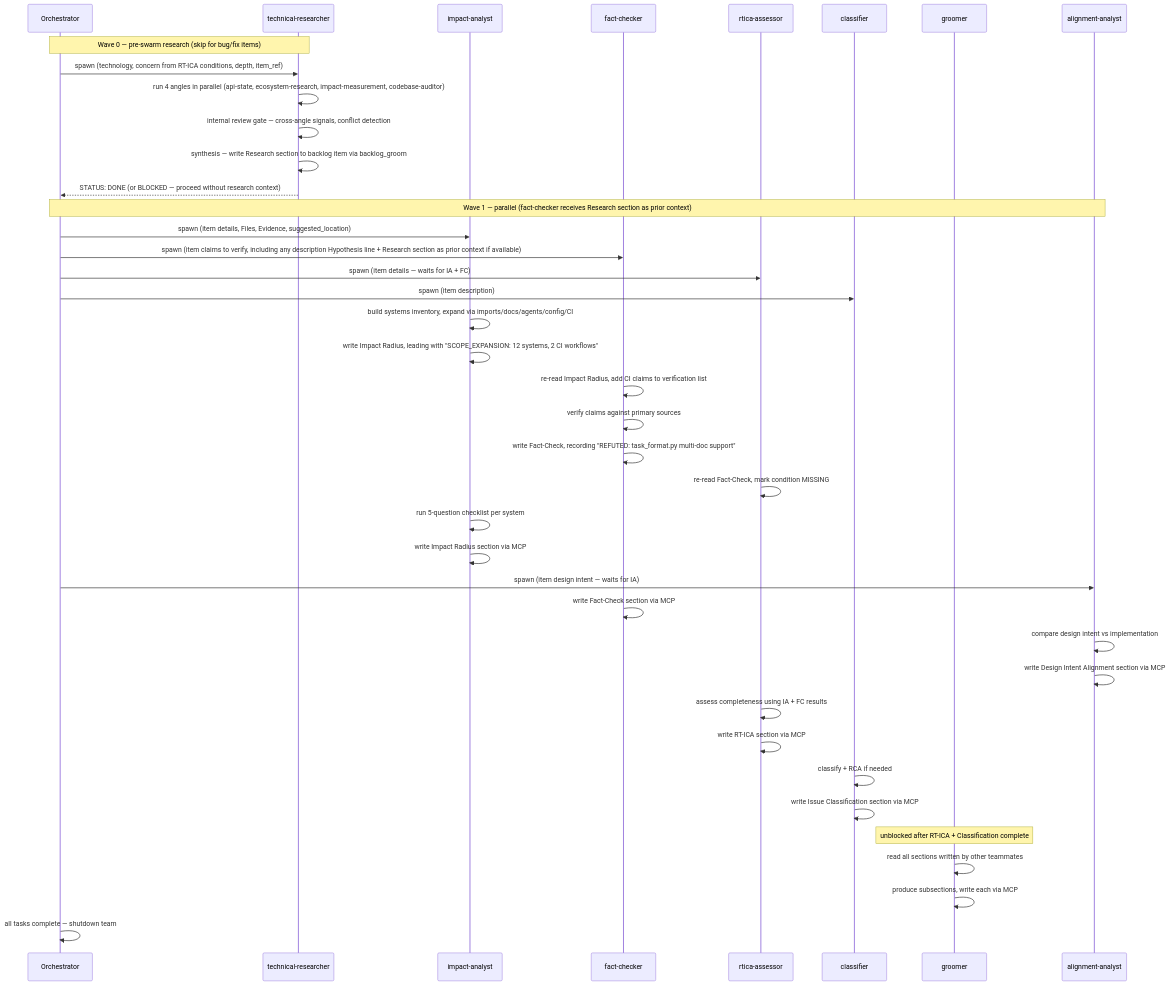
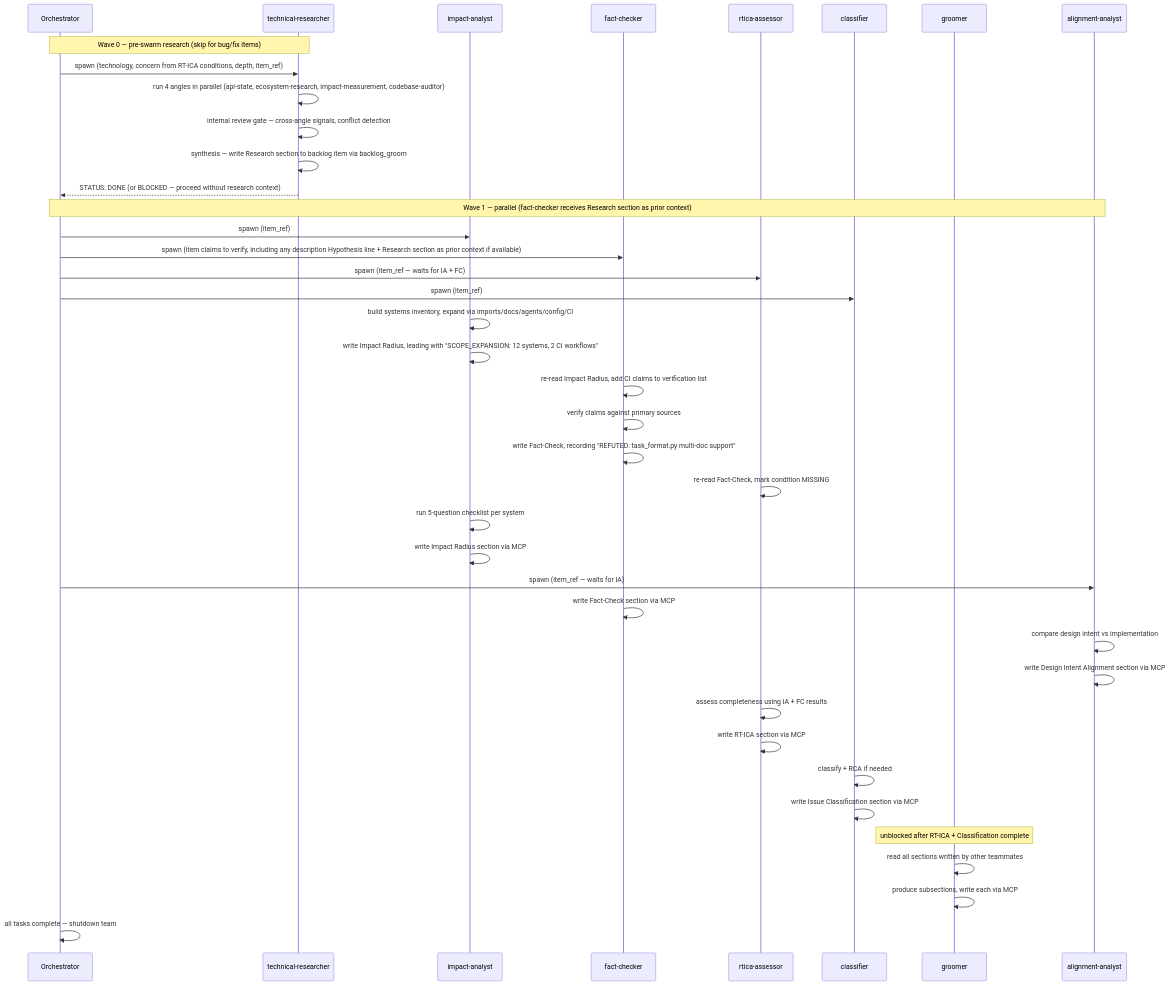
Before and after one commit to Jamie-BitFlight/claude_skills: the first of 2 diagrams in plugins/development-harness/skills/work-backlog-item/references/workflows/groom/swarm.md, drawn with Mermaid. The commit also changed other lines of this file and 7 other files, not shown here.

````diff
--- a/plugins/development-harness/skills/work-backlog-item/references/workflows/groom/swarm.md
+++ b/plugins/development-harness/skills/work-backlog-item/references/workflows/groom/swarm.md
@@ -46,53 +46,53 @@
 ```mermaid
 sequenceDiagram
     participant O as Orchestrator
     participant TR as technical-researcher
     participant IA as impact-analyst
     participant FC as fact-checker
     participant RT as rtica-assessor
     participant CL as classifier
     participant GR as groomer
     participant AA as alignment-analyst
 
     Note over O,TR: Wave 0 — pre-swarm research (skip for bug/fix items)
     O->>TR: spawn (technology, concern from RT-ICA conditions, depth, item_ref)
     TR->>TR: run 4 angles in parallel (api-state, ecosystem-research, impact-measurement, codebase-auditor)
     TR->>TR: internal review gate — cross-angle signals, conflict detection
     TR->>TR: synthesis — write Research section to backlog item via backlog_groom
     TR-->>O: STATUS: DONE (or BLOCKED — proceed without research context)
 
     Note over O,AA: Wave 1 — parallel (fact-checker receives Research section as prior context)
-    O->>IA: spawn (item details, Files, Evidence, suggested_location)
+    O->>IA: spawn (item_ref)
     O->>FC: spawn (item claims to verify, including any description Hypothesis line + Research section as prior context if available)
-    O->>RT: spawn (item details — waits for IA + FC)
-    O->>CL: spawn (item description)
+    O->>RT: spawn (item_ref — waits for IA + FC)
+    O->>CL: spawn (item_ref)
 
     IA->>IA: build systems inventory, expand via imports/docs/agents/config/CI
     IA->>IA: write Impact Radius, leading with "SCOPE_EXPANSION: 12 systems, 2 CI workflows"
     FC->>FC: re-read Impact Radius, add CI claims to verification list
 
     FC->>FC: verify claims against primary sources
     FC->>FC: write Fact-Check, recording "REFUTED: task_format.py multi-doc support"
     RT->>RT: re-read Fact-Check, mark condition MISSING
 
     IA->>IA: run 5-question checklist per system
     IA->>IA: write Impact Radius section via MCP
-    O->>AA: spawn (item design intent — waits for IA)
+    O->>AA: spawn (item_ref — waits for IA)
 
     FC->>FC: write Fact-Check section via MCP
 
     AA->>AA: compare design intent vs implementation
     AA->>AA: write Design Intent Alignment section via MCP
 
     RT->>RT: assess completeness using IA + FC results
     RT->>RT: write RT-ICA section via MCP
 
     CL->>CL: classify + RCA if needed
     CL->>CL: write Issue Classification section via MCP
 
     Note over GR: unblocked after RT-ICA + Classification complete
     GR->>GR: read all sections written by other teammates
     GR->>GR: produce subsections, write each via MCP
 
     O->>O: all tasks complete — shutdown team
 ```
````
